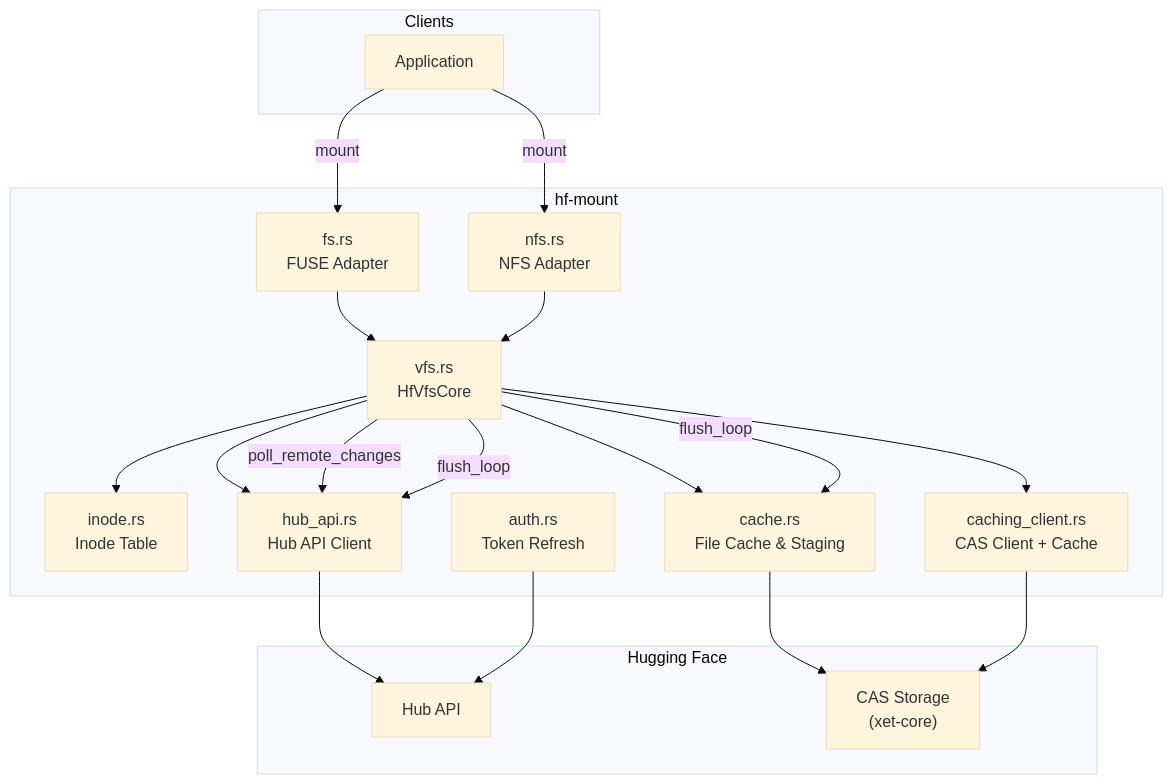
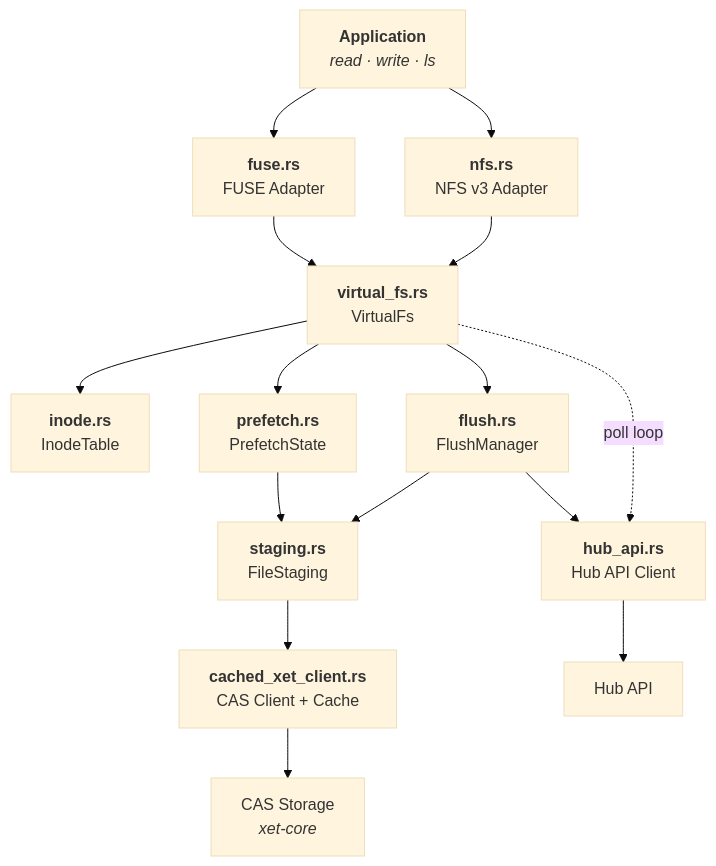
The first of 2 diagrams in README.md (huggingface/hf-mount), drawn with Mermaid (base theme) before and after one commit. The commit also changed other lines of this file and 11 other files, not shown here.

First line of the commit message:
Refactor VFS: extract flush/prefetch, fix rename/inode races, update README

````diff
--- a/README.md
+++ b/README.md
@@ -17,38 +17,31 @@
 ```mermaid
 graph TD
-    subgraph Clients
-        APP[Application]
-    end
+    APP["<b>Application</b><br/><i>read · write · ls</i>"]
 
-    subgraph "hf-mount"
-        FUSE["fs.rs<br/>FUSE Adapter"]
-        NFS["nfs.rs<br/>NFS Adapter"]
-        VFS["vfs.rs<br/>HfVfsCore"]
-        INODE["inode.rs<br/>Inode Table"]
-        CACHE["cache.rs<br/>File Cache & Staging"]
-        HUB["hub_api.rs<br/>Hub API Client"]
-        AUTH["auth.rs<br/>Token Refresh"]
-        CC["caching_client.rs<br/>CAS Client + Cache"]
-    end
+    APP --> FUSE & NFS
 
-    subgraph "Hugging Face"
-        HUB_API["Hub API"]
-        CAS["CAS Storage<br/>(xet-core)"]
-    end
+    FUSE["<b>fuse.rs</b><br/>FUSE Adapter"]
+    NFS["<b>nfs.rs</b><br/>NFS v3 Adapter"]
 
-    APP -->|"mount"| FUSE
-    APP -->|"mount"| NFS
-    FUSE --> VFS
-    NFS --> VFS
-    VFS --> INODE
-    VFS --> CACHE
-    VFS --> CC
-    VFS --> HUB
-    HUB --> HUB_API
-    CACHE --> CAS
-    CC --> CAS
-    AUTH --> HUB_API
-    VFS -->|"poll_remote_changes"| HUB
-    VFS -->|"flush_loop"| CACHE
-    VFS -->|"flush_loop"| HUB
+    FUSE & NFS --> VFS
+
+    VFS["<b>virtual_fs.rs</b><br/>VirtualFs"]
+
+    VFS --> INODE["<b>inode.rs</b><br/>InodeTable"]
+    VFS --> PREFETCH["<b>prefetch.rs</b><br/>PrefetchState"]
+    VFS --> FLUSH["<b>flush.rs</b><br/>FlushManager"]
+
+    PREFETCH --> STAGING
+    FLUSH --> STAGING
+    FLUSH --> HUB
+
+    STAGING["<b>staging.rs</b><br/>FileStaging"]
+    HUB["<b>hub_api.rs</b><br/>Hub API Client"]
+
+    STAGING --> CC["<b>cached_xet_client.rs</b><br/>CAS Client + Cache"]
+
+    HUB --> HUB_API["Hub API"]
+    CC --> CAS["CAS Storage<br/><i>xet-core</i>"]
+
+    VFS -.->|"poll loop"| HUB
 ```
````
